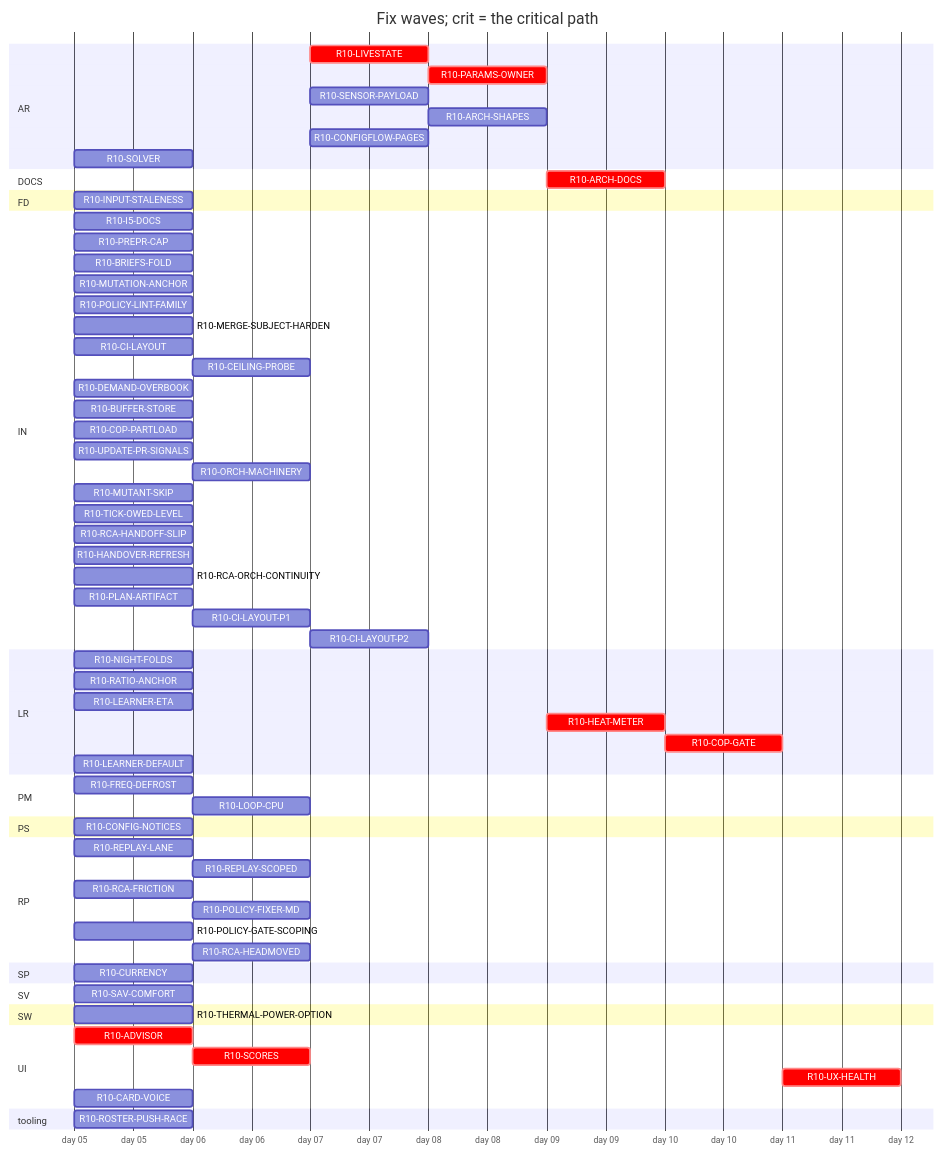
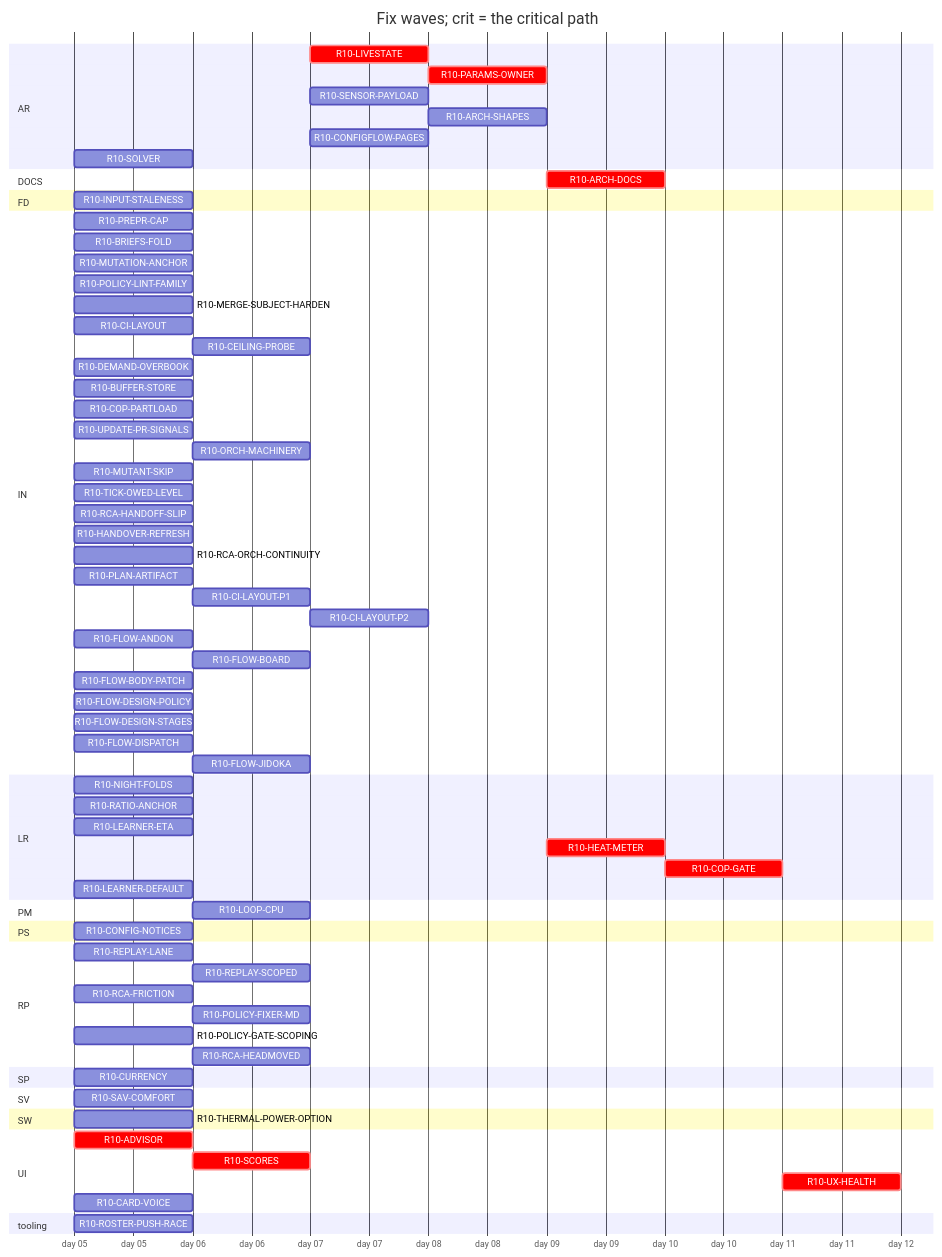
One commit to tvofi/heatpump_optimizer changed the diagram in handoff/round10/state/PLAN-TABLE.md. Above: the diagram before and after it, drawn with Mermaid. The commit also changed other lines of this file and 2 other files, not shown here.

````diff
--- a/handoff/round10/state/PLAN-TABLE.md
+++ b/handoff/round10/state/PLAN-TABLE.md
@@ -26,71 +26,76 @@
 ```mermaid
 gantt
   title Fix waves; crit = the critical path
   dateFormat YYYY-MM-DD
   axisFormat day %d
   section AR
     R10-LIVESTATE :crit, r10LIVESTATE, after r10SCORES r10LOOPCPU, 1d
     R10-PARAMS-OWNER :crit, r10PARAMSOWNER, after r10LIVESTATE r10NIGHTFOLDS r10RATIOANCHOR, 1d
     R10-SENSOR-PAYLOAD :r10SENSORPAYLOAD, after r10SCORES, 1d
-    R10-ARCH-SHAPES :r10ARCHSHAPES, after r10SENSORPAYLOAD r10FREQDEFROST r10LIVESTATE r10INPUTSTALENESS, 1d
+    R10-ARCH-SHAPES :r10ARCHSHAPES, after r10SENSORPAYLOAD r10LIVESTATE r10INPUTSTALENESS, 1d
     R10-CONFIGFLOW-PAGES :r10CONFIGFLOWPAGES, after r10HEATMETER, 1d
     R10-SOLVER :r10SOLVER, 2026-01-05, 1d
   section DOCS
-    R10-ARCH-DOCS :crit, r10ARCHDOCS, after r10NIGHTFOLDS r10RATIOANCHOR r10INPUTSTALENESS r10CURRENCY r10FREQDEFROST r10LOOPCPU r10ADVISOR r10SCORES r10LIVESTATE r10CONFIGNOTICES r10PARAMSOWNER r10SENSORPAYLOAD r10ARCHSHAPES r10LEARNERETA r10HEATMETER r10COPGATE r10UXHEALTH r10CONFIGFLOWPAGES r10SOLVER r10I5DOCS r10BRIEFSFOLD r10REPLAYLANE r10REPLAYSCOPED, 1d
+    R10-ARCH-DOCS :crit, r10ARCHDOCS, after r10NIGHTFOLDS r10RATIOANCHOR r10INPUTSTALENESS r10CURRENCY r10LOOPCPU r10ADVISOR r10SCORES r10LIVESTATE r10CONFIGNOTICES r10PARAMSOWNER r10SENSORPAYLOAD r10ARCHSHAPES r10LEARNERETA r10HEATMETER r10COPGATE r10UXHEALTH r10CONFIGFLOWPAGES r10SOLVER r10BRIEFSFOLD r10REPLAYLANE r10REPLAYSCOPED, 1d
   section FD
     R10-INPUT-STALENESS :r10INPUTSTALENESS, 2026-01-05, 1d
   section IN
-    R10-I5-DOCS :r10I5DOCS, 2026-01-05, 1d
     R10-PREPR-CAP :r10PREPRCAP, 2026-01-05, 1d
     R10-BRIEFS-FOLD :r10BRIEFSFOLD, 2026-01-05, 1d
     R10-MUTATION-ANCHOR :r10MUTATIONANCHOR, 2026-01-05, 1d
     R10-POLICY-LINT-FAMILY :r10POLICYLINTFAMILY, 2026-01-05, 1d
     R10-MERGE-SUBJECT-HARDEN :r10MERGESUBJECTHARDEN, 2026-01-05, 1d
     R10-CI-LAYOUT :r10CILAYOUT, 2026-01-05, 1d
     R10-CEILING-PROBE :r10CEILINGPROBE, after r10CILAYOUT r10NIGHTFOLDS, 1d
     R10-DEMAND-OVERBOOK :r10DEMANDOVERBOOK, 2026-01-05, 1d
     R10-BUFFER-STORE :r10BUFFERSTORE, 2026-01-05, 1d
     R10-COP-PARTLOAD :r10COPPARTLOAD, 2026-01-05, 1d
     R10-UPDATE-PR-SIGNALS :r10UPDATEPRSIGNALS, 2026-01-05, 1d
     R10-ORCH-MACHINERY :r10ORCHMACHINERY, after r10CILAYOUT, 1d
     R10-MUTANT-SKIP :r10MUTANTSKIP, 2026-01-05, 1d
     R10-TICK-OWED-LEVEL :r10TICKOWEDLEVEL, 2026-01-05, 1d
     R10-RCA-HANDOFF-SLIP :r10RCAHANDOFFSLIP, 2026-01-05, 1d
     R10-HANDOVER-REFRESH :r10HANDOVERREFRESH, 2026-01-05, 1d
     R10-RCA-ORCH-CONTINUITY :r10RCAORCHCONTINUITY, 2026-01-05, 1d
     R10-PLAN-ARTIFACT :r10PLANARTIFACT, 2026-01-05, 1d
     R10-CI-LAYOUT-P1 :r10CILAYOUTP1, after r10CILAYOUT, 1d
     R10-CI-LAYOUT-P2 :r10CILAYOUTP2, after r10CILAYOUTP1, 1d
+    R10-FLOW-ANDON :r10FLOWANDON, 2026-01-05, 1d
+    R10-FLOW-BOARD :r10FLOWBOARD, after r10PLANARTIFACT, 1d
+    R10-FLOW-BODY-PATCH :r10FLOWBODYPATCH, 2026-01-05, 1d
+    R10-FLOW-DESIGN-POLICY :r10FLOWDESIGNPOLICY, 2026-01-05, 1d
+    R10-FLOW-DESIGN-STAGES :r10FLOWDESIGNSTAGES, 2026-01-05, 1d
+    R10-FLOW-DISPATCH :r10FLOWDISPATCH, 2026-01-05, 1d
+    R10-FLOW-JIDOKA :r10FLOWJIDOKA, after r10PREPRCAP, 1d
   section LR
     R10-NIGHT-FOLDS :r10NIGHTFOLDS, 2026-01-05, 1d
     R10-RATIO-ANCHOR :r10RATIOANCHOR, 2026-01-05, 1d
     R10-LEARNER-ETA :r10LEARNERETA, 2026-01-05, 1d
     R10-HEAT-METER :crit, r10HEATMETER, after r10LEARNERETA r10INPUTSTALENESS r10RATIOANCHOR r10PARAMSOWNER r10ARCHSHAPES r10THERMALPOWEROPTION, 1d
     R10-COP-GATE :crit, r10COPGATE, after r10HEATMETER r10SENSORPAYLOAD, 1d
     R10-LEARNER-DEFAULT :r10LEARNERDEFAULT, 2026-01-05, 1d
   section PM
-    R10-FREQ-DEFROST :r10FREQDEFROST, 2026-01-05, 1d
     R10-LOOP-CPU :r10LOOPCPU, after r10NIGHTFOLDS, 1d
   section PS
     R10-CONFIG-NOTICES :r10CONFIGNOTICES, 2026-01-05, 1d
   section RP
     R10-REPLAY-LANE :r10REPLAYLANE, 2026-01-05, 1d
     R10-REPLAY-SCOPED :r10REPLAYSCOPED, after r10REPLAYLANE, 1d
     R10-RCA-FRICTION :r10RCAFRICTION, 2026-01-05, 1d
     R10-POLICY-FIXER-MD :r10POLICYFIXERMD, after r10RCAFRICTION r10BRIEFSFOLD, 1d
     R10-POLICY-GATE-SCOPING :r10POLICYGATESCOPING, 2026-01-05, 1d
     R10-RCA-HEADMOVED :r10RCAHEADMOVED, after r10RCAFRICTION, 1d
   section SP
     R10-CURRENCY :r10CURRENCY, 2026-01-05, 1d
   section SV
     R10-SAV-COMFORT :r10SAVCOMFORT, 2026-01-05, 1d
   section SW
     R10-THERMAL-POWER-OPTION :r10THERMALPOWEROPTION, 2026-01-05, 1d
   section UI
     R10-ADVISOR :crit, r10ADVISOR, 2026-01-05, 1d
     R10-SCORES :crit, r10SCORES, after r10ADVISOR, 1d
     R10-UX-HEALTH :crit, r10UXHEALTH, after r10SCORES r10COPGATE r10HEATMETER, 1d
     R10-CARD-VOICE :r10CARDVOICE, 2026-01-05, 1d
   section tooling
     R10-ROSTER-PUSH-RACE :r10ROSTERPUSHRACE, 2026-01-05, 1d
 ```
````
